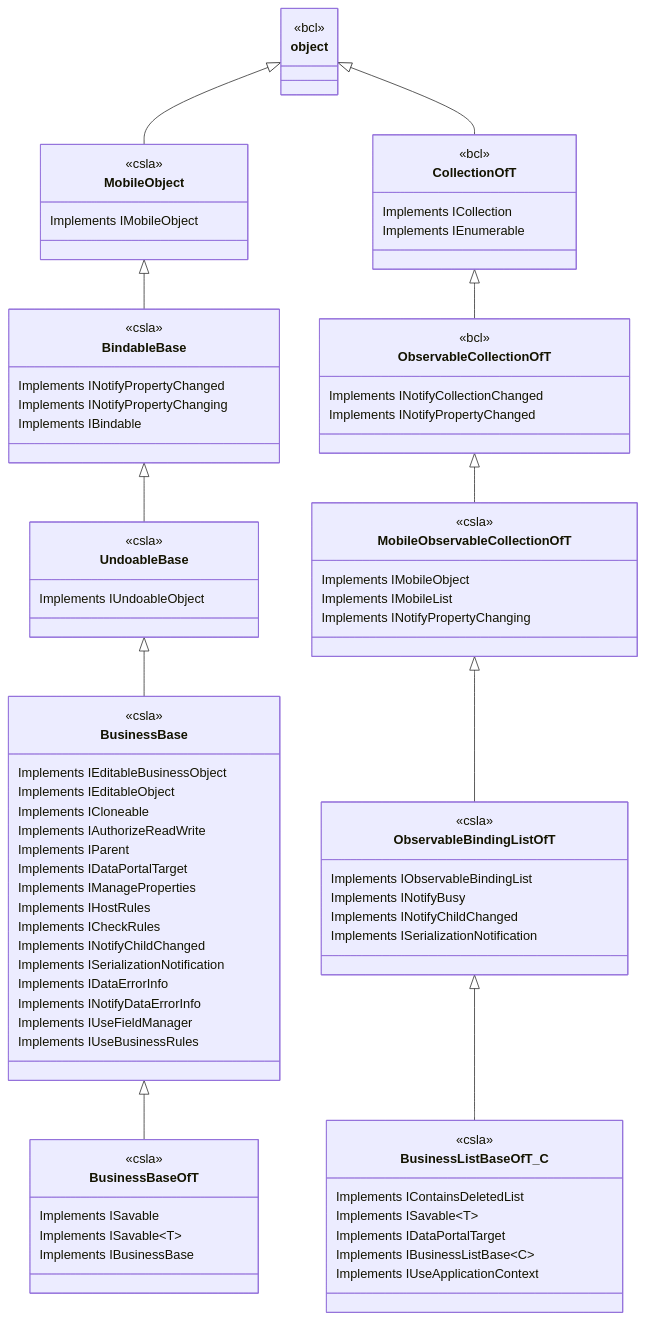
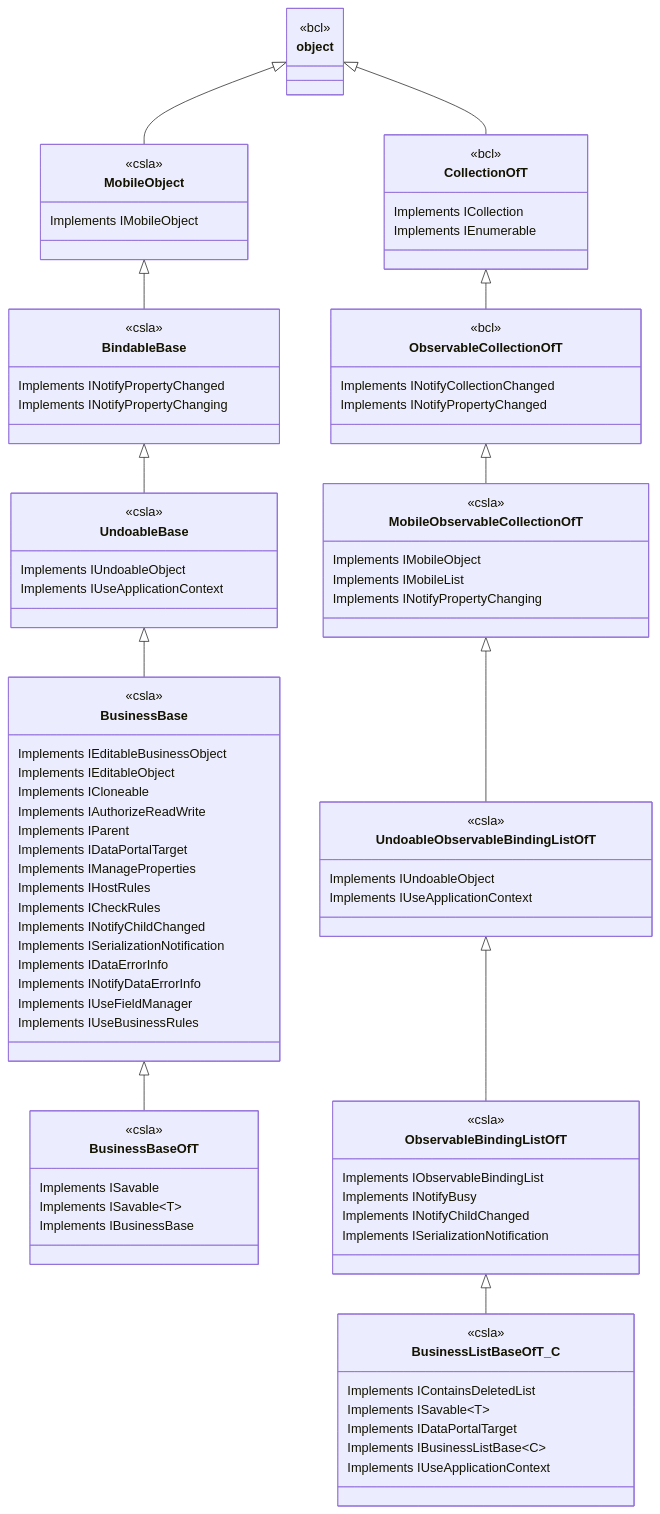
One commit to MarimerLLC/csla changed the diagram in Support/BusinessBase-BusinessListBase.md. Above: the diagram before and after it, drawn with Mermaid. The commit also changed 2 other files, not shown here.

Commit message:
Add UndoableObservableBindingList so collections can undo property/field values

```diff
--- a/Support/BusinessBase-BusinessListBase.md
+++ b/Support/BusinessBase-BusinessListBase.md
@@ -19,11 +19,11 @@
     class BindableBase {<<csla>>
         Implements INotifyPropertyChanged
         Implements INotifyPropertyChanging
-        Implements IBindable
     }
     BindableBase <|-- UndoableBase
     class UndoableBase {<<csla>>
         Implements IUndoableObject
+        Implements IUseApplicationContext
     }
     UndoableBase <|-- BusinessBase
     class BusinessBase {<<csla>>
@@ -66,7 +66,12 @@
         Implements IMobileList
         Implements INotifyPropertyChanging
     }
-    MobileObservableCollectionOfT <|-- ObservableBindingListOfT
+    MobileObservableCollectionOfT <|-- UndoableObservableBindingListOfT
+    class UndoableObservableBindingListOfT {<<csla>>
+        Implements IUndoableObject
+        Implements IUseApplicationContext
+    }
+    UndoableObservableBindingListOfT <|-- ObservableBindingListOfT
     class ObservableBindingListOfT {<<csla>>
         Implements IObservableBindingList
         Implements INotifyBusy
```
